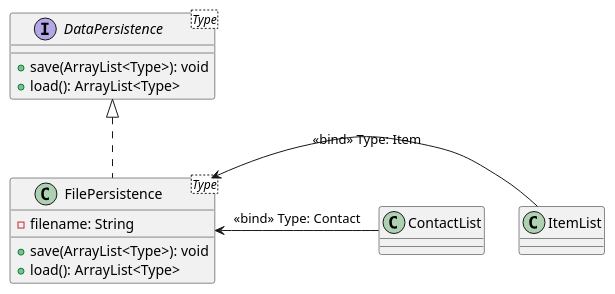
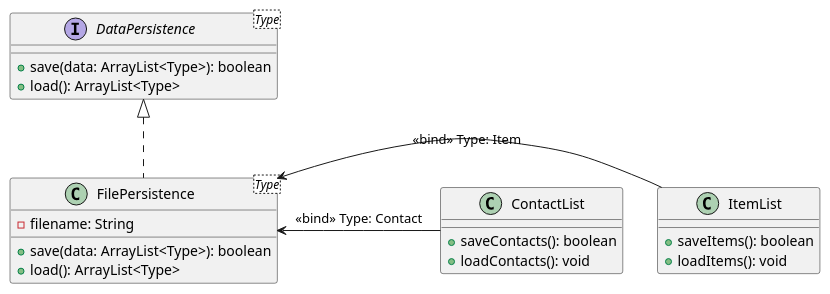
One commit to simonArnold/universityOfAlberta_softwareDesign changed the diagram in Assignment_2_3/DataPersistence.plantuml. Above: the diagram before and after it, drawn with PlantUML. The commit also changed 6 other files, not shown here.

```diff
--- a/Assignment_2_3/DataPersistence.plantuml
+++ b/Assignment_2_3/DataPersistence.plantuml
@@ -1,28 +1,22 @@
 @startuml
 interface DataPersistence<Type> {
-    + save(ArrayList<Type>): void
+    + save(data: ArrayList<Type>): boolean
     + load(): ArrayList<Type>    
 }
 class FilePersistence<Type> {
     - filename: String
-    + save(ArrayList<Type>): void
+    + save(data: ArrayList<Type>): boolean
     + load(): ArrayList<Type>    
 }
 DataPersistence <|.. FilePersistence
 class ItemList {
-
+    + saveItems(): boolean
+    + loadItems(): void
 }
 ItemList -left-> FilePersistence: <<bind>> Type: Item
 class ContactList {
-
+    + saveContacts(): boolean
+    + loadContacts(): void
 }
 ContactList -left-> FilePersistence: <<bind>> Type: Contact
-together {
-    class ItemList
-    class ContactList
-}
-' together {
-'     interface DataPersistence<Type>
-'     class FilePersistence<Type>
-' }
 @enduml
```
